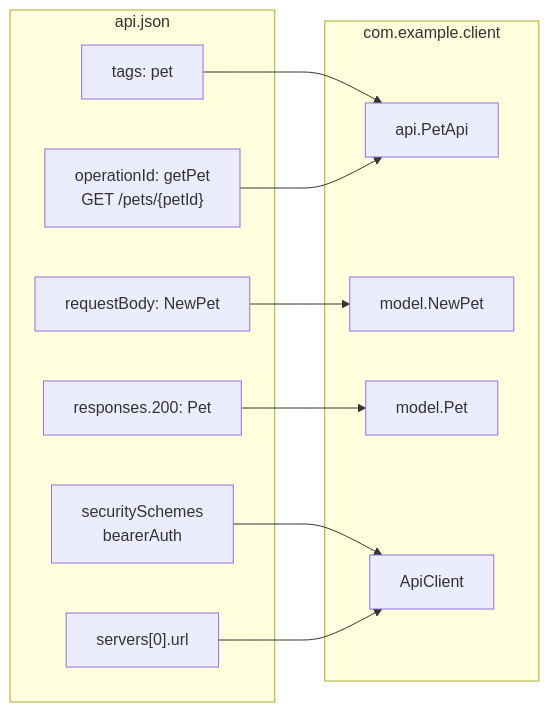
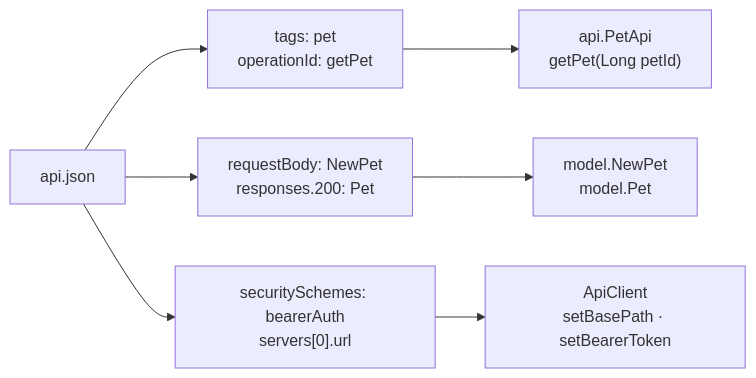
Before and after one commit to iinow/iinow.github.io: the fourth of 4 diagrams in _posts/2026-11-27-spring-boot-4-openapi-gradle-en.md, drawn with Mermaid. The commit also changed 1 other file, not shown here.

Commit message:
OpenAPI 글: 스펙-코드 대응 그림을 가로 흐름으로 줄임

````diff
--- a/_posts/2026-11-27-spring-boot-4-openapi-gradle-en.md
+++ b/_posts/2026-11-27-spring-boot-4-openapi-gradle-en.md
@@ -316,23 +316,9 @@
 ```mermaid
 flowchart LR
-  subgraph spec["api.json"]
-    T["tags: pet"]
-    O["operationId: getPet<br/>GET /pets/{petId}"]
-    B["requestBody: NewPet"]
-    R["responses.200: Pet"]
-    SEC["securitySchemes<br/>bearerAuth"]
-    SRV["servers[0].url"]
-  end
-  subgraph code["com.example.client"]
-    API["api.PetApi"]
-    NP["model.NewPet"]
-    PET["model.Pet"]
-    CL["ApiClient"]
-  end
-  T --> API
-  O --> API
-  B --> NP
-  R --> PET
-  SEC --> CL
-  SRV --> CL
+  S["api.json"] --> T["tags: pet<br/>operationId: getPet"]
+  T --> API["api.PetApi<br/>getPet(Long petId)"]
+  S --> B["requestBody: NewPet<br/>responses.200: Pet"]
+  B --> M["model.NewPet<br/>model.Pet"]
+  S --> C["securitySchemes: bearerAuth<br/>servers[0].url"]
+  C --> CL["ApiClient<br/>setBasePath · setBearerToken"]
 ```
````
